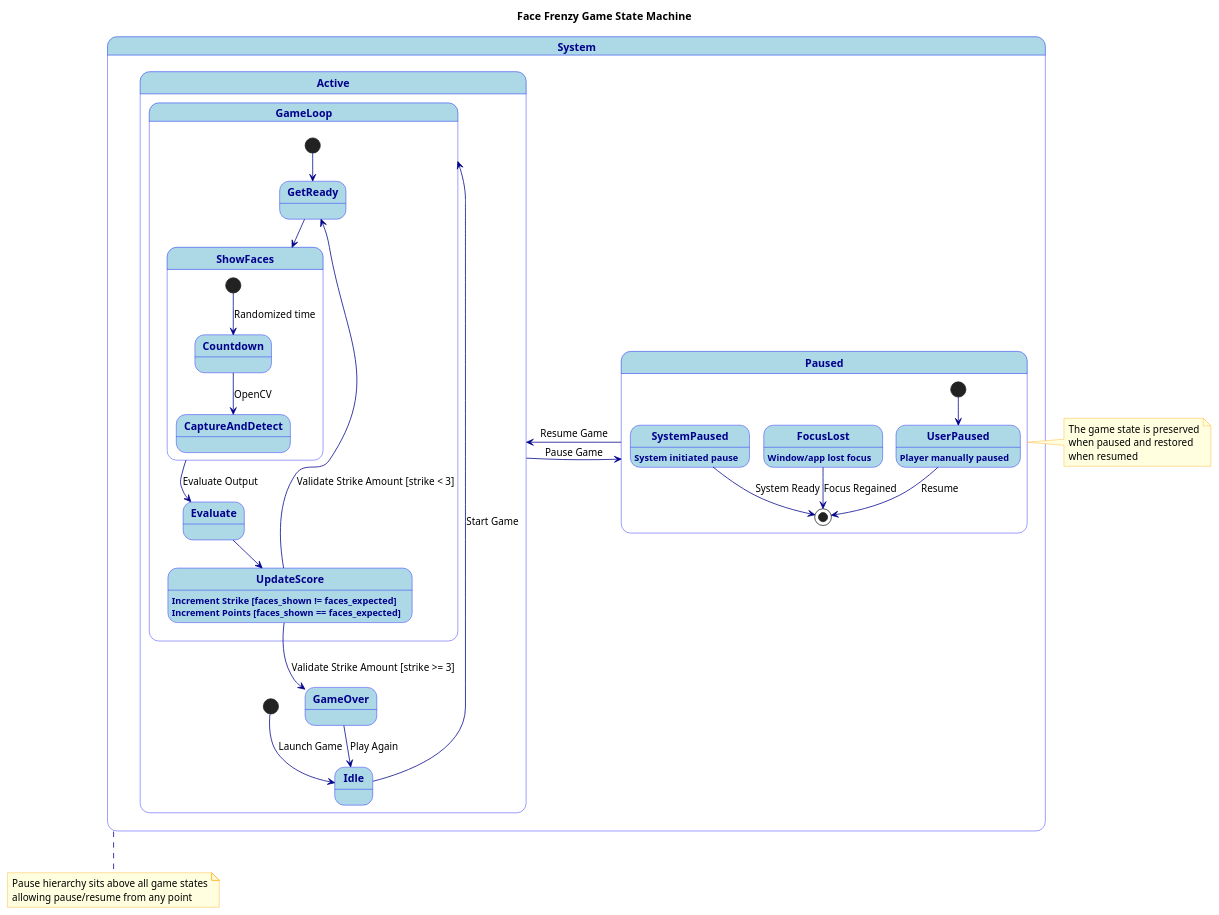
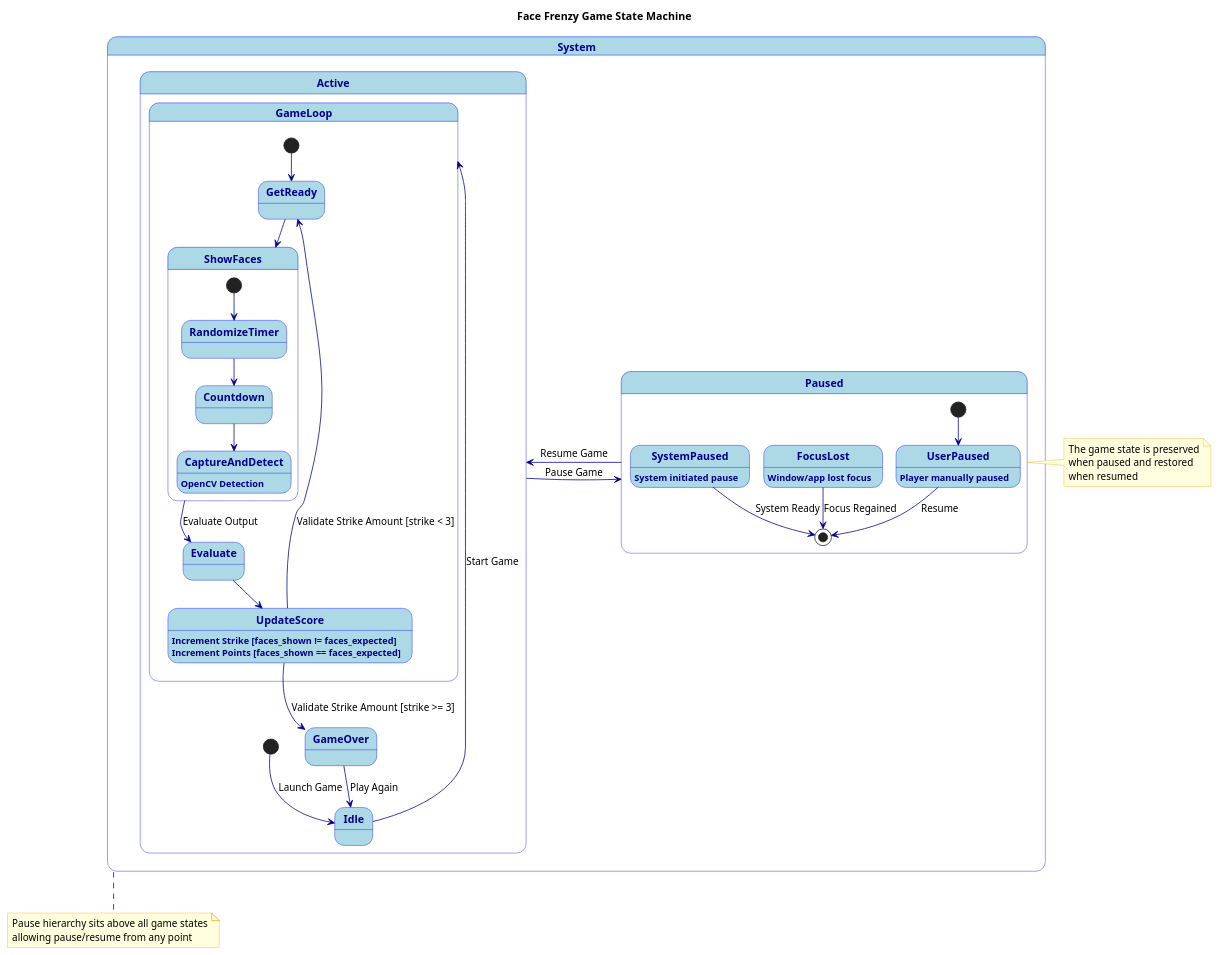
The diagram in 2-Class/state-machine.puml (Kacper-Grzyb/dse-face-frenzy), drawn with PlantUML before and after one commit. The commit also changed 6 other files, not shown here.

```diff
--- a/2-Class/state-machine.puml
+++ b/2-Class/state-machine.puml
@@ -1,74 +1,76 @@
 @startuml Order Processing State Machine
 
 skinparam StateBackgroundColor LightBlue
 skinparam StateBorderColor Blue
 skinparam ArrowColor DarkBlue
 skinparam StateAttributeFontColor DarkBlue
 skinparam StateFontStyle bold
 skinparam NoteBackgroundColor LightYellow
 skinparam NoteBorderColor Orange
 
 title Face Frenzy Game State Machine
 
 ' Define the top-level state - the entire system can be Active or Paused
 state "System" as System {
     ' Active state contains all the normal game flow
     state "Active" as Active {
         [*] --> Idle : Launch Game
         Idle --> GameLoop: Start Game
         
         state Idle
         state GameLoop {
             [*] --> GetReady
             GetReady --> ShowFaces
             ShowFaces --> Evaluate : Evaluate Output
             Evaluate --> UpdateScore
             UpdateScore --> GetReady : Validate Strike Amount [strike < 3]
         }
         UpdateScore --> GameOver : Validate Strike Amount [strike >= 3]
         
         state ShowFaces {
-            [*] --> Countdown : Randomized time
-            Countdown --> CaptureAndDetect: OpenCV
+            [*] --> RandomizeTimer
+            RandomizeTimer --> Countdown 
+            Countdown --> CaptureAndDetect
         }
         
         state GetReady
+        state RandomizeTimer
         state Countdown
-        state CaptureAndDetect
+        state CaptureAndDetect : OpenCV Detection
         state UpdateScore : Increment Strike [faces_shown != faces_expected]\nIncrement Points [faces_shown == faces_expected]
         state Evaluate
         state GameOver
 
         ' Return to idle from game over
         GameOver --> Idle : Play Again
     }
     
     ' Pause state with various pause reasons
     state "Paused" as Paused {
         state "UserPaused" as UserPaused : Player manually paused
         state "SystemPaused" as SystemPaused : System initiated pause
         state "FocusLost" as FocusLost : Window/app lost focus
         
         [*] --> UserPaused
         UserPaused --> [*] : Resume
         SystemPaused --> [*] : System Ready
         FocusLost --> [*] : Focus Regained
     }
     
     ' Transitions between Active and Paused states
     Active -right-> Paused : Pause Game
     Paused -left-> Active : Resume Game
 }
 
 note right of Paused
   The game state is preserved
   when paused and restored
   when resumed
 end note
 
 note bottom of System
   Pause hierarchy sits above all game states
   allowing pause/resume from any point
 end note
 
 @enduml
```
